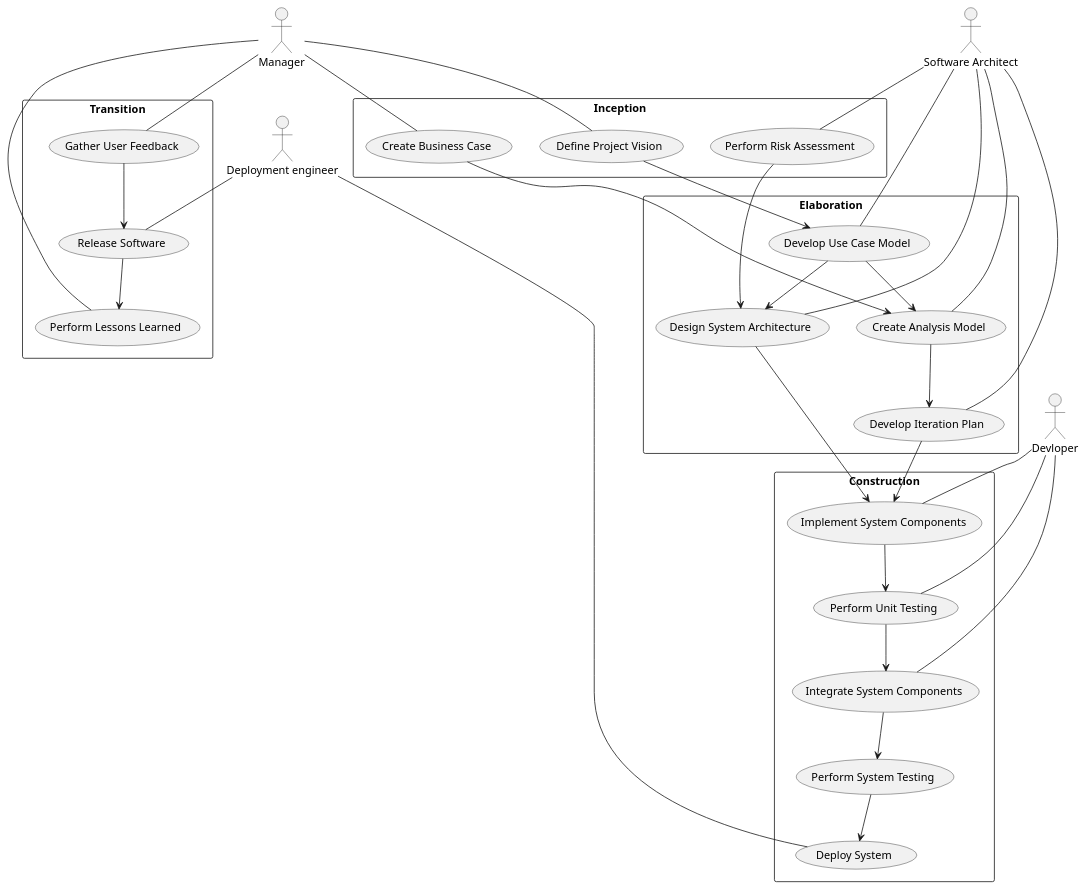
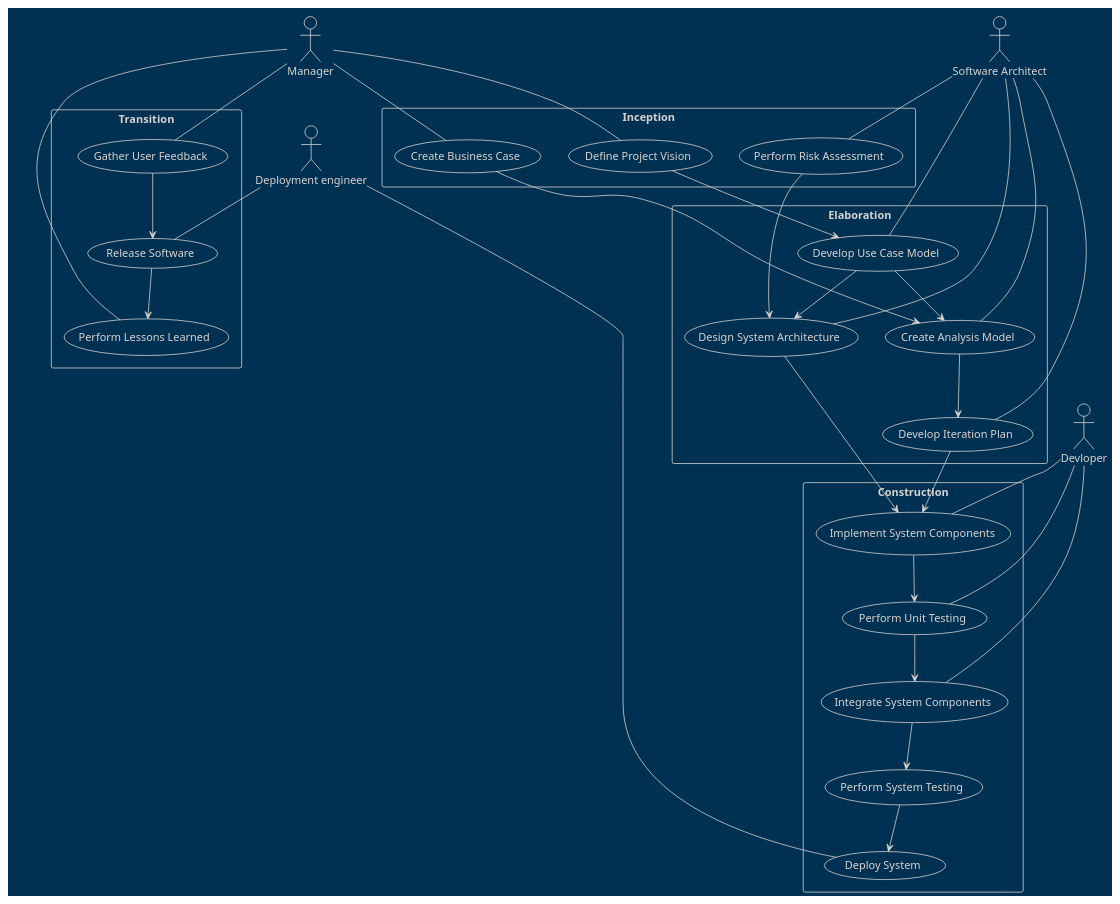
One commit to UPPMAX/programming_formalisms changed the first of 8 diagrams in DevelopmentDesign/README.md. Above: the diagram before and after it, drawn with PlantUML.

Commit message:
change the rup theme to bluieprint

````diff
--- a/DevelopmentDesign/README.md
+++ b/DevelopmentDesign/README.md
@@ -175,75 +175,76 @@
 ```plantuml
 @startuml
+ !theme blueprint 
 
 skinparam packageStyle rectangle
 skinparam packageTitleFontColor #ffffff
 skinparam packageTitleBackgroundColor #3288bd
 
 actor "Manager" as manager
 actor "Software Architect" as architect
 actor "Devloper" as dev
 actor "Deployment engineer" as depEng
 
 rectangle "Inception" as inception {
   usecase "Define Project Vision" as defineVision
   usecase "Create Business Case" as createBusinessCase
   usecase "Perform Risk Assessment" as performRiskAssessment
 }
 
 rectangle "Elaboration" as elaboration {
   usecase "Develop Use Case Model" as developUseCaseModel
   usecase "Create Analysis Model" as createAnalysisModel
   usecase "Design System Architecture" as designSystemArchitecture
   usecase "Develop Iteration Plan" as developIterationPlan
 }
 
 rectangle "Construction" as construction {
   usecase "Implement System Components" as implementSystemComponents
   usecase "Perform Unit Testing" as performUnitTesting
   usecase "Integrate System Components" as integrateSystemComponents
   usecase "Perform System Testing" as performSystemTesting
   usecase "Deploy System" as deploySystem
 }
 
 rectangle "Transition" as transition {
   usecase "Gather User Feedback" as gatherUserFeedback
   usecase "Release Software" as releaseSoftware
   usecase "Perform Lessons Learned" as performLessonsLearned
 }
 
 manager -- defineVision
 manager -- createBusinessCase
 manager -- gatherUserFeedback
 manager -- performLessonsLearned
 
 architect -- performRiskAssessment
 architect -- developUseCaseModel
 architect -- createAnalysisModel
 architect -- designSystemArchitecture
 architect -- developIterationPlan
 dev -- implementSystemComponents
 dev -- performUnitTesting
 dev -- integrateSystemComponents
 depEng -- deploySystem
 depEng -- releaseSoftware
 
 defineVision --> developUseCaseModel
 createBusinessCase --> createAnalysisModel
 performRiskAssessment --> designSystemArchitecture
 
 developUseCaseModel --> createAnalysisModel
 developUseCaseModel --> designSystemArchitecture
 createAnalysisModel --> developIterationPlan
 
 designSystemArchitecture --> implementSystemComponents
 developIterationPlan --> implementSystemComponents
 implementSystemComponents --> performUnitTesting
 performUnitTesting --> integrateSystemComponents
 integrateSystemComponents --> performSystemTesting
 performSystemTesting --> deploySystem
 
 gatherUserFeedback --> releaseSoftware
 releaseSoftware --> performLessonsLearned
 
 @enduml
 ```
````
